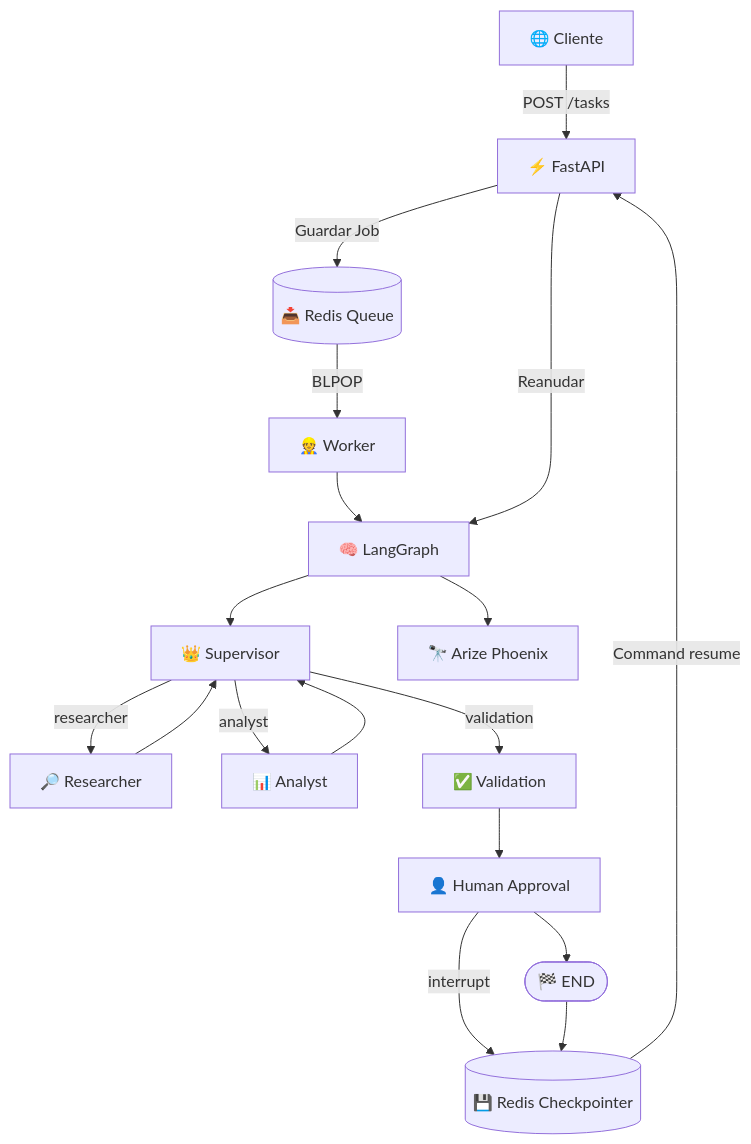
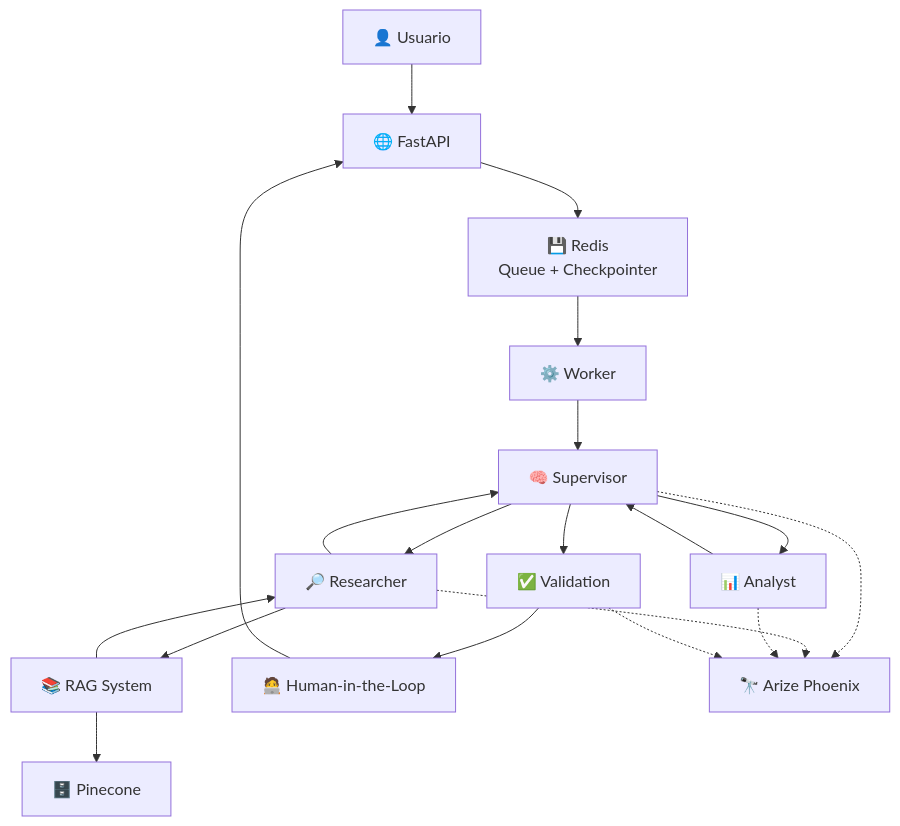
One commit to aaguuscaan/Intelligence-System-Final changed the first of 2 diagrams in README.md. Above: the diagram before and after it, drawn with Mermaid. The commit also changed other lines of this file and 28 other files, not shown here.

````diff
--- a/README.md
+++ b/README.md
@@ -51,61 +78,60 @@
 ```mermaid
 flowchart TD
 
-    CLIENT["🌐 Cliente"]
+    USER["👤 Usuario"]
 
-    API["⚡ FastAPI"]
+    API["🌐 FastAPI"]
 
-    REDIS_QUEUE[("📥 Redis Queue")]
+    REDIS["💾 Redis<br/>Queue + Checkpointer"]
 
-    WORKER["👷 Worker"]
+    WORKER["⚙️ Worker"]
 
-    GRAPH["🧠 LangGraph"]
-
-    SUPERVISOR["👑 Supervisor"]
+    SUPERVISOR["🧠 Supervisor"]
 
     RESEARCHER["🔎 Researcher"]
+
+    RAG["📚 RAG System"]
+
+    PINECONE["🗄️ Pinecone"]
 
     ANALYST["📊 Analyst"]
 
     VALIDATION["✅ Validation"]
 
-    HITL["👤 Human Approval"]
-
-    CHECKPOINT[("💾 Redis Checkpointer")]
+    HITL["🧑‍💻 Human-in-the-Loop"]
 
     PHOENIX["🔭 Arize Phoenix"]
 
-    END(["🏁 END"])
+    USER --> API
 
-    CLIENT -->|POST /tasks| API
+    API --> REDIS
 
-    API -->|Guardar Job| REDIS_QUEUE
+    REDIS --> WORKER
 
-    REDIS_QUEUE -->|BLPOP| WORKER
+    WORKER --> SUPERVISOR
 
-    WORKER --> GRAPH
+    SUPERVISOR --> RESEARCHER
 
-    GRAPH --> SUPERVISOR
+    RESEARCHER --> RAG
 
-    SUPERVISOR -->|researcher| RESEARCHER
+    RAG --> PINECONE
+
+    RAG --> RESEARCHER
+
     RESEARCHER --> SUPERVISOR
 
-    SUPERVISOR -->|analyst| ANALYST
+    SUPERVISOR --> ANALYST
+
     ANALYST --> SUPERVISOR
 
-    SUPERVISOR -->|validation| VALIDATION
+    SUPERVISOR --> VALIDATION
 
     VALIDATION --> HITL
 
-    HITL -->|interrupt| CHECKPOINT
+    HITL --> API
 
-    HITL --> END
-
-    CHECKPOINT -->|Command resume| API
-
-    API -->|Reanudar| GRAPH
-
-    GRAPH --> PHOENIX
-
-    END --> CHECKPOINT
+    SUPERVISOR -.-> PHOENIX
+    RESEARCHER -.-> PHOENIX
+    ANALYST -.-> PHOENIX
+    VALIDATION -.-> PHOENIX
 ```
````
